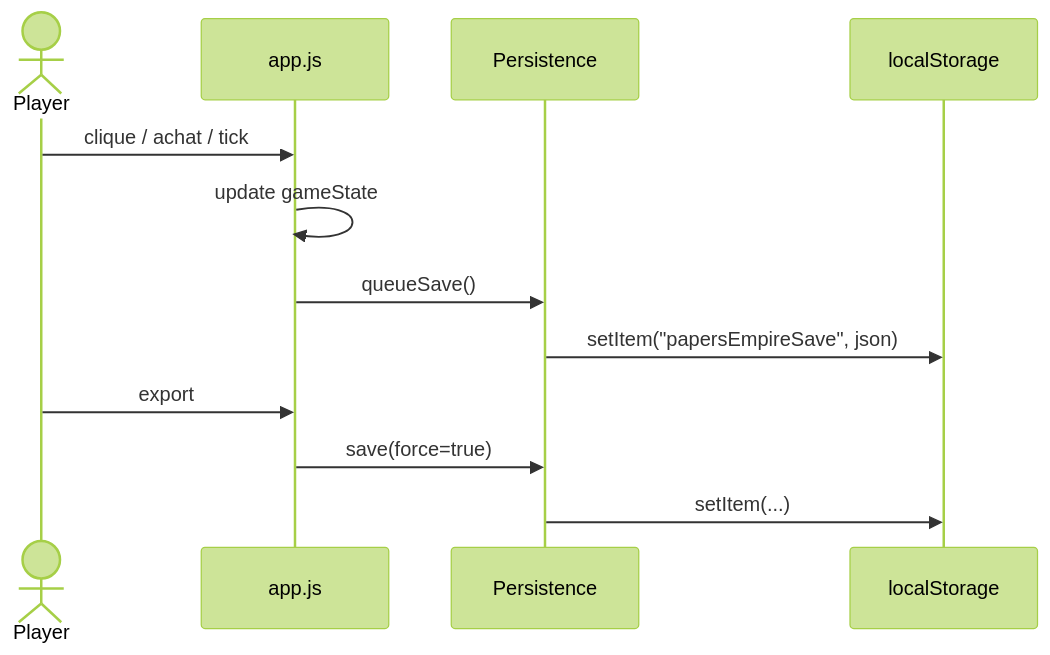
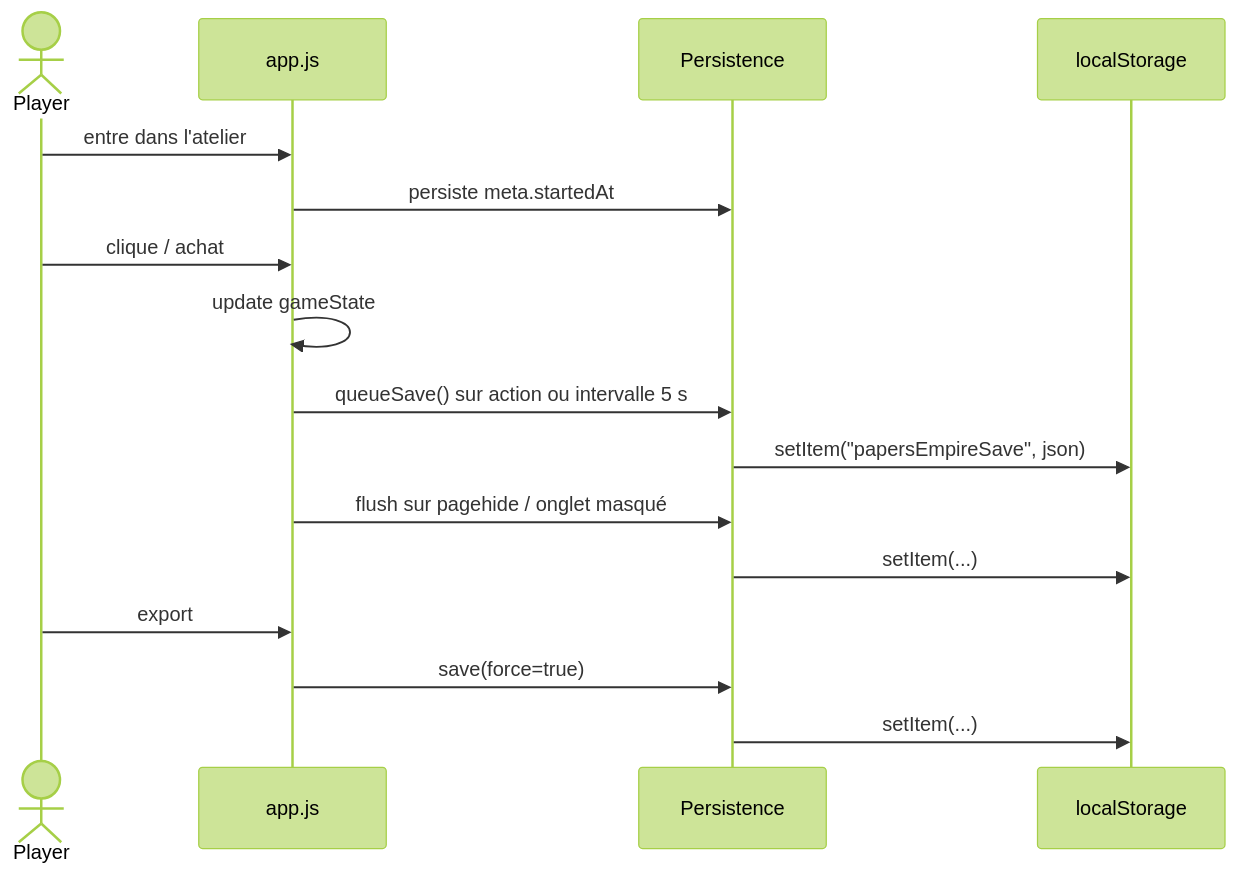
The first of 3 diagrams in docs/architecture.md (nclsppr/papersempire), drawn with Mermaid (forest theme) before and after one commit. The commit also changed other lines of this file and 49 other files, not shown here.

````diff
--- a/docs/architecture.md
+++ b/docs/architecture.md
@@ -23,14 +39,18 @@
 ```mermaid
 sequenceDiagram
     actor Player
     participant App as app.js
     participant Persist as Persistence
     participant Store as localStorage
-    Player->>App: clique / achat / tick
+    Player->>App: entre dans l'atelier
+    App->>Persist: persiste meta.startedAt
+    Player->>App: clique / achat
     App->>App: update gameState
-    App->>Persist: queueSave()
+    App->>Persist: queueSave() sur action ou intervalle 5 s
     Persist->>Store: setItem("papersEmpireSave", json)
+    App->>Persist: flush sur pagehide / onglet masqué
+    Persist->>Store: setItem(...)
     Player->>App: export
     App->>Persist: save(force=true)
     Persist->>Store: setItem(...)
 ```
````
